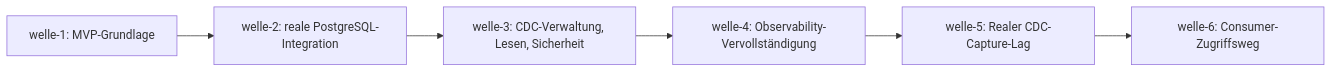
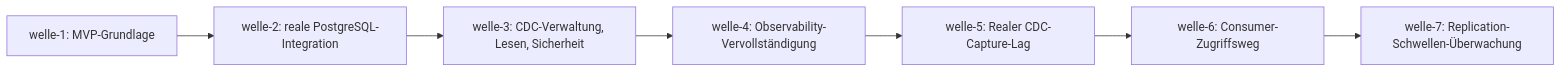
The diagram in docs/plan/planning/in-progress/roadmap.md (pt9912/pg-change-feed), drawn with Mermaid before and after one commit. The commit also changed other lines of this file and 1 other file, not shown here.

Commit message:
docs(planning): Welle 7 eröffnet — Replication-Schwellen-Überwachung
BEO-PGC/spec008-replication-luecke (1x, weiter offen) wird auf Nutzeranweisung
statt auf Register-Schwelle geschlossen: Die Fehlerklassifikation aus
ADR-0023 fordert für die replication-Fehlerklasse Schwellen-Überwachung mit
kontrollierter Fortsetzung, real bricht jeder replication-Fehler hart ab und
die zugehörige Metrik existiert nicht. Welle 7 bündelt drei Slices
(ADR-Präzisierung, Metrik, Schwellen-Logik im Capture-Pfad), weil kein
Einzel-Slice-DoD einen Ende-zu-Ende-Beleg über beide Seiten der Schwelle liefert.

Claude-Session: https://claude.ai/code/session_01RxtZtN9QUsmDAXc7sZDUpD

````diff
--- a/docs/plan/planning/in-progress/roadmap.md
+++ b/docs/plan/planning/in-progress/roadmap.md
@@ -82,11 +84,12 @@
 ```mermaid
 flowchart LR
     W1[welle-1: MVP-Grundlage]
     W2[welle-2: reale PostgreSQL-Integration]
     W3[welle-3: CDC-Verwaltung, Lesen, Sicherheit]
     W4[welle-4: Observability-Vervollständigung]
     W5[welle-5: Realer CDC-Capture-Lag]
     W6[welle-6: Consumer-Zugriffsweg]
+    W7[welle-7: Replication-Schwellen-Überwachung]
 
-    W1 --> W2 --> W3 --> W4 --> W5 --> W6
+    W1 --> W2 --> W3 --> W4 --> W5 --> W6 --> W7
 ```
````
